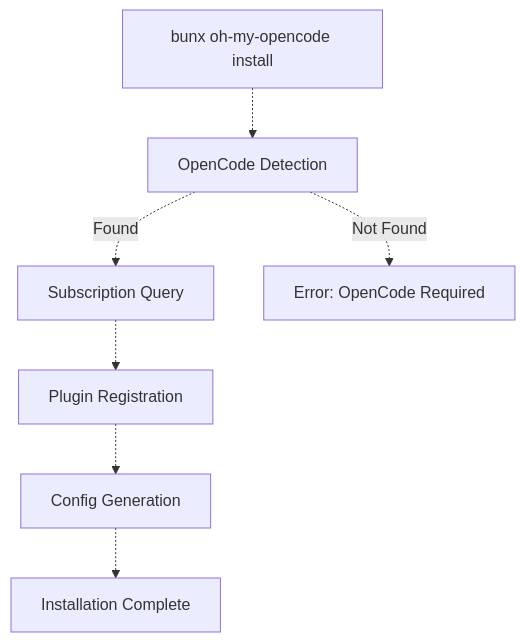
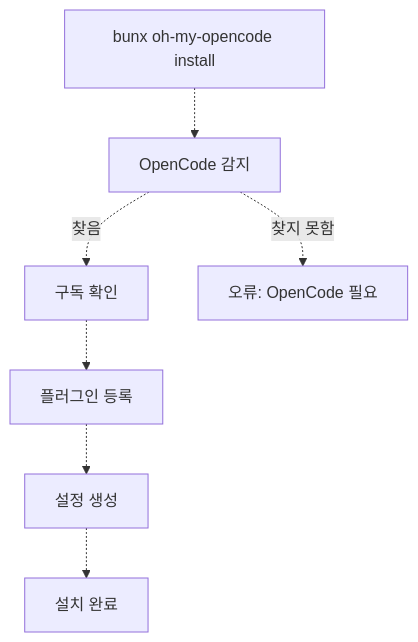
The first of 6 diagrams in docs/getting-started/installation.md (felipetruman/oh-my-opencode-docs), drawn with Mermaid before and after one commit. The commit also changed other lines of this file and 76 other files, not shown here.

````diff
--- a/docs/getting-started/installation.md
+++ b/docs/getting-started/installation.md
@@ -30,18 +30,18 @@
 ```mermaid
 flowchart TD
 
 Start["bunx oh-my-opencode install"]
-Detect["OpenCode Detection"]
-Query["Subscription Query"]
-Register["Plugin Registration"]
-Generate["Config Generation"]
-Done["Installation Complete"]
-Error["Error: OpenCode Required"]
+Detect["OpenCode 감지"]
+Query["구독 확인"]
+Register["플러그인 등록"]
+Generate["설정 생성"]
+Done["설치 완료"]
+Error["오류: OpenCode 필요"]
 
 Start -.-> Detect
-Detect -.->|"Found"| Query
-Detect -.->|"Not Found"| Error
+Detect -.->|"찾음"| Query
+Detect -.->|"찾지 못함"| Error
 Query -.-> Register
 Register -.-> Generate
 Generate -.-> Done
 ```
````
